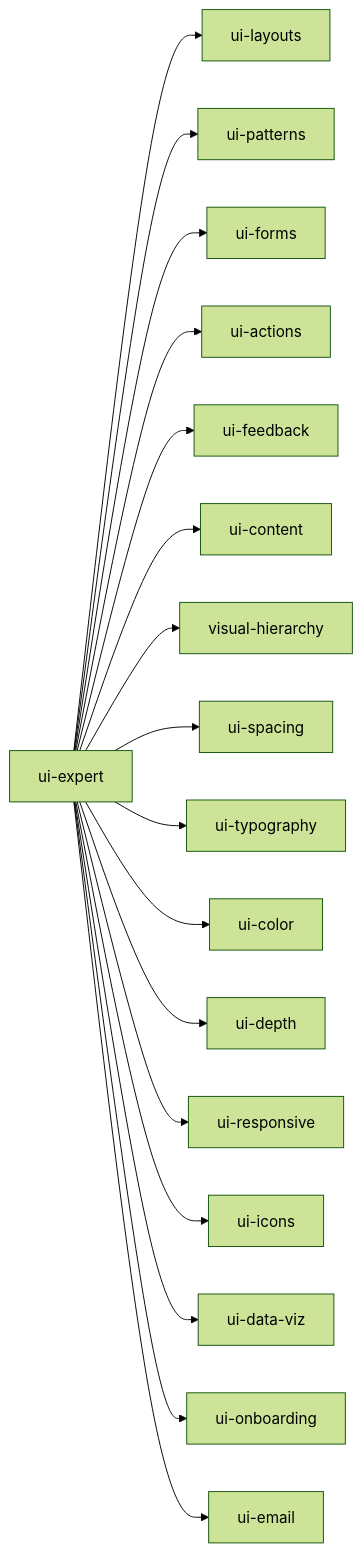
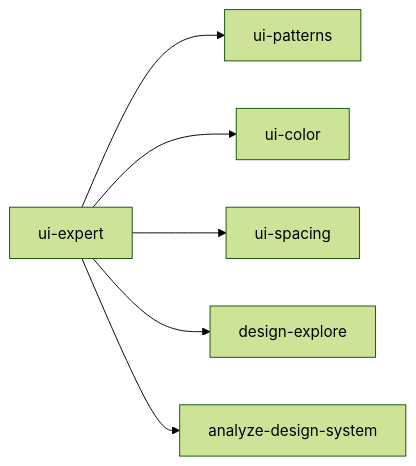
The seventh of 9 diagrams in README.md (pnewsam/skills), drawn with Mermaid (forest theme) before and after one commit. The commit also changed other lines of this file and 39 other files, not shown here.

First line of the commit message:
chore(registry): evict 13 ui-* prose skills, convert ui-patterns, slim ui-expert

````diff
--- a/README.md
+++ b/README.md
@@ -291,19 +300,8 @@
 ```mermaid
 flowchart LR
-    UX[ui-expert] --> L[ui-layouts]
-    UX --> P[ui-patterns]
-    UX --> F[ui-forms]
-    UX --> A[ui-actions]
-    UX --> FB[ui-feedback]
-    UX --> C[ui-content]
-    UX --> VH[visual-hierarchy]
+    UX[ui-expert] --> P[ui-patterns]
+    UX --> CL[ui-color]
     UX --> S[ui-spacing]
-    UX --> T[ui-typography]
-    UX --> CL[ui-color]
-    UX --> D[ui-depth]
-    UX --> R[ui-responsive]
-    UX --> I[ui-icons]
-    UX --> DV[ui-data-viz]
-    UX --> O[ui-onboarding]
-    UX --> E[ui-email]
+    UX --> DE[design-explore]
+    UX --> ADS[analyze-design-system]
 ```
````
